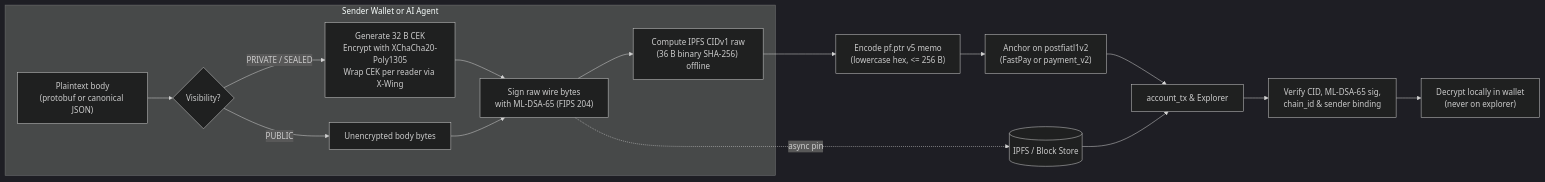
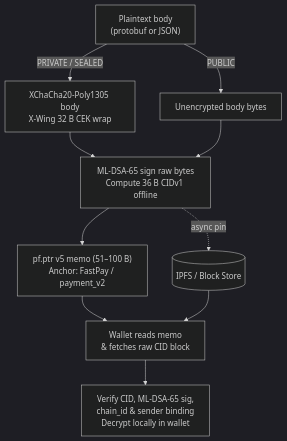
One commit to postfiatorg/postfiatorg.github.io changed the first of 2 diagrams in content/blog/post-quantum-messaging-fastpay-x402.md. Above: the diagram before and after it, drawn with Mermaid (dark theme). The commit also changed other lines of this file, not shown here.

Commit message:
docs(blog): make Architecture & x402 Mermaid diagrams readable at full width (#71)

````diff
--- a/content/blog/post-quantum-messaging-fastpay-x402.md
+++ b/content/blog/post-quantum-messaging-fastpay-x402.md
@@ -49,18 +49,13 @@
 ```mermaid
-flowchart LR
-    subgraph Client["Sender Wallet or AI Agent"]
-      A["Plaintext body<br/>(protobuf or canonical JSON)"] --> B{"Visibility?"}
-      B -- "PRIVATE / SEALED" --> C["Generate 32 B CEK<br/>Encrypt with XChaCha20-Poly1305<br/>Wrap CEK per reader via X-Wing"]
-      B -- "PUBLIC" --> D["Unencrypted body bytes"]
-      C --> E["Sign raw wire bytes<br/>with ML-DSA-65 (FIPS 204)"]
-      D --> E
-      E --> F["Compute IPFS CIDv1 raw<br/>(36 B binary SHA-256) offline"]
-    end
-    F --> G["Encode pf.ptr v5 memo<br/>(lowercase hex, <= 256 B)"]
-    G --> H["Anchor on postfiatl1v2<br/>(FastPay or payment_v2)"]
+flowchart TD
+    A["Plaintext body<br/>(protobuf or JSON)"]
+    A -- "PRIVATE / SEALED" --> C["XChaCha20-Poly1305 body<br/>X-Wing 32 B CEK wrap"]
+    A -- "PUBLIC" --> D["Unencrypted body bytes"]
+    C --> E["ML-DSA-65 sign raw bytes<br/>Compute 36 B CIDv1 offline"]
+    D --> E
+    E --> F["pf.ptr v5 memo (51–100 B)<br/>Anchor: FastPay / payment_v2"]
     E -. "async pin" .-> P[("IPFS / Block Store")]
-    H --> I["account_tx & Explorer"]
+    F --> I["Wallet reads memo<br/>& fetches raw CID block"]
     P --> I
-    I --> J["Verify CID, ML-DSA-65 sig,<br/>chain_id & sender binding"]
-    J --> K["Decrypt locally in wallet<br/>(never on explorer)"]
+    I --> J["Verify CID, ML-DSA-65 sig,<br/>chain_id & sender binding<br/>Decrypt locally in wallet"]
 ```
````
